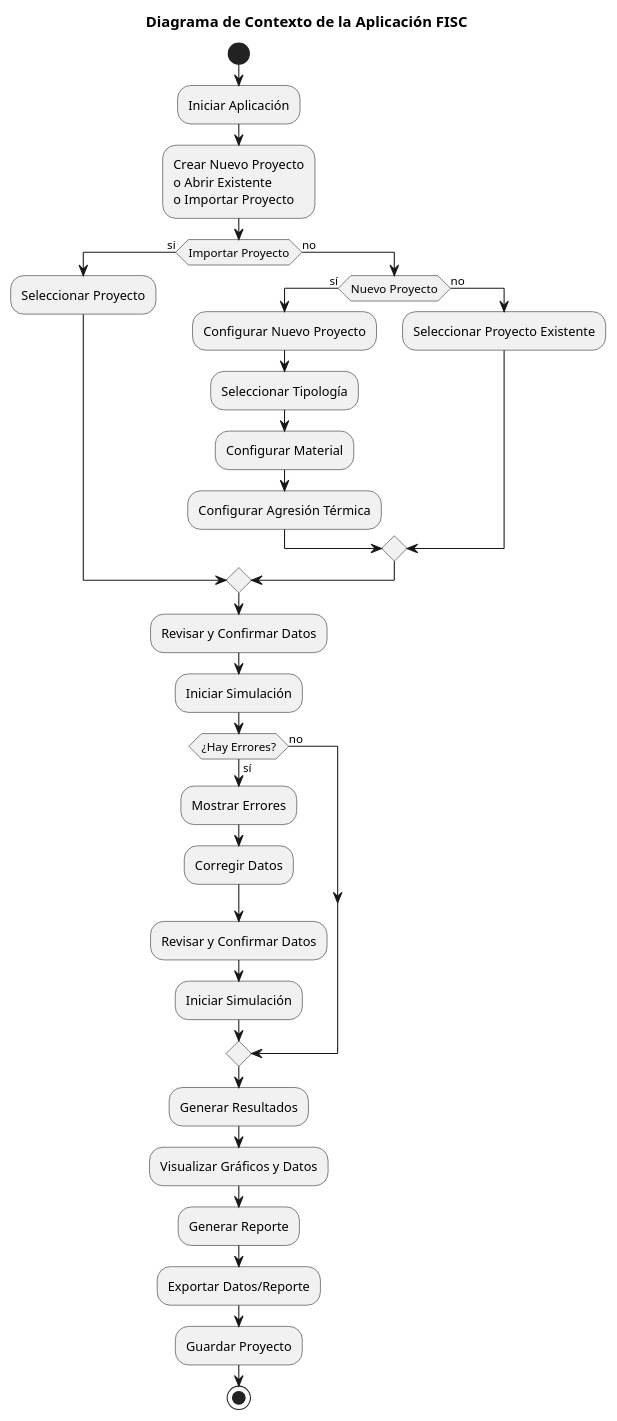
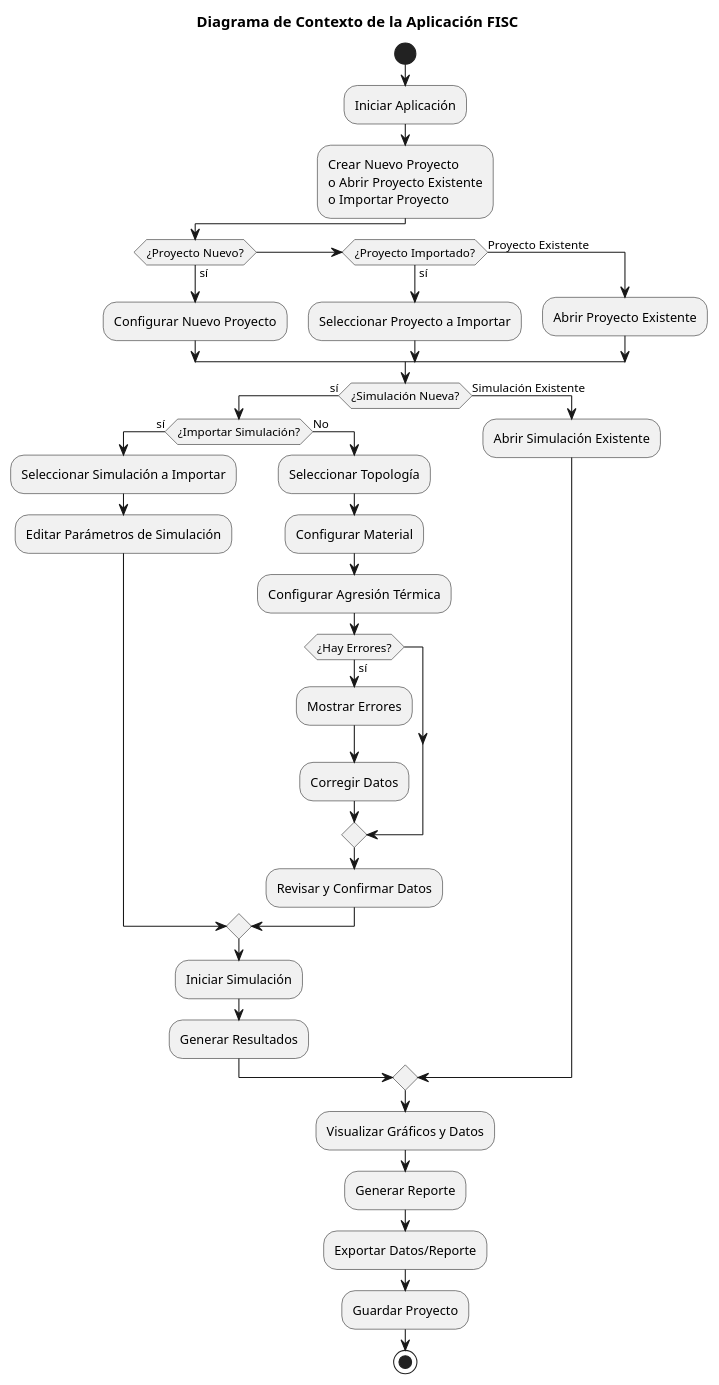
Before and after one commit to mmasias/23-24-IdSw1-SDR: the diagram in casosDeUso/diagramaContexto.puml, drawn with PlantUML. The commit also changed 2 other files, not shown here.

Commit message:
diagrama de contexto corregido

```diff
--- a/casosDeUso/diagramaContexto.puml
+++ b/casosDeUso/diagramaContexto.puml
@@ -1,41 +1,42 @@
 @startuml
 title Diagrama de Contexto de la Aplicación FISC
 
 start
+:Iniciar Aplicación;
 
-:Iniciar Aplicación;
-:Crear Nuevo Proyecto\no Abrir Existente\no Importar Proyecto;
+:Crear Nuevo Proyecto\no Abrir Proyecto Existente\no Importar Proyecto;
+if (¿Proyecto Nuevo?) then (sí)
+    :Configurar Nuevo Proyecto;
+elseif (¿Proyecto Importado?) then (sí)
+    :Seleccionar Proyecto a Importar;
+else (Proyecto Existente)
+    :Abrir Proyecto Existente;
+endif
 
-if (Importar Proyecto) then (si)
-    :Seleccionar Proyecto;
-else (no)
-    if (Nuevo Proyecto) then (sí)
-        :Configurar Nuevo Proyecto;
-:Seleccionar Tipología;
-    :Configurar Material;
-    :Configurar Agresión Térmica;
-    else (no)
-        :Seleccionar Proyecto Existente;
+if (¿Simulación Nueva?) then (sí)
+    if (¿Importar Simulación?) then (sí)
+        :Seleccionar Simulación a Importar;
+        :Editar Parámetros de Simulación;
+    else (No)
+        :Seleccionar Topología;
+        :Configurar Material;
+        :Configurar Agresión Térmica;
+        if (¿Hay Errores?) then (sí)
+            :Mostrar Errores;
+            :Corregir Datos;
+        endif
+        :Revisar y Confirmar Datos;
     endif
+    :Iniciar Simulación;
+    :Generar Resultados;
+else (Simulación Existente)
+    :Abrir Simulación Existente;
+endif
 
-    
-endif
-    :Revisar y Confirmar Datos;
-    :Iniciar Simulación;
-
-    if (¿Hay Errores?) then (sí)
-        :Mostrar Errores;
-        :Corregir Datos;
-        :Revisar y Confirmar Datos;  
-        :Iniciar Simulación;
-    else (no)
-    endif
-    :Generar Resultados;
-    :Visualizar Gráficos y Datos;
-    :Generar Reporte;
-    :Exportar Datos/Reporte;
-    :Guardar Proyecto;
-    stop
-
+:Visualizar Gráficos y Datos;
+:Generar Reporte;
+:Exportar Datos/Reporte;
+:Guardar Proyecto;
+stop
 
 @enduml
```
